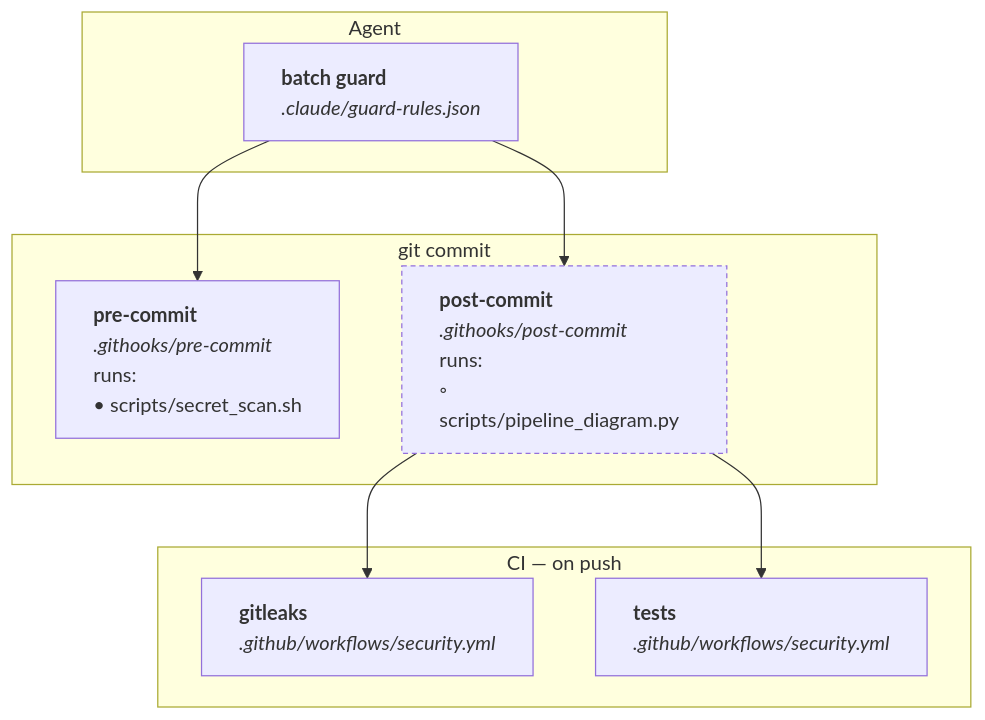
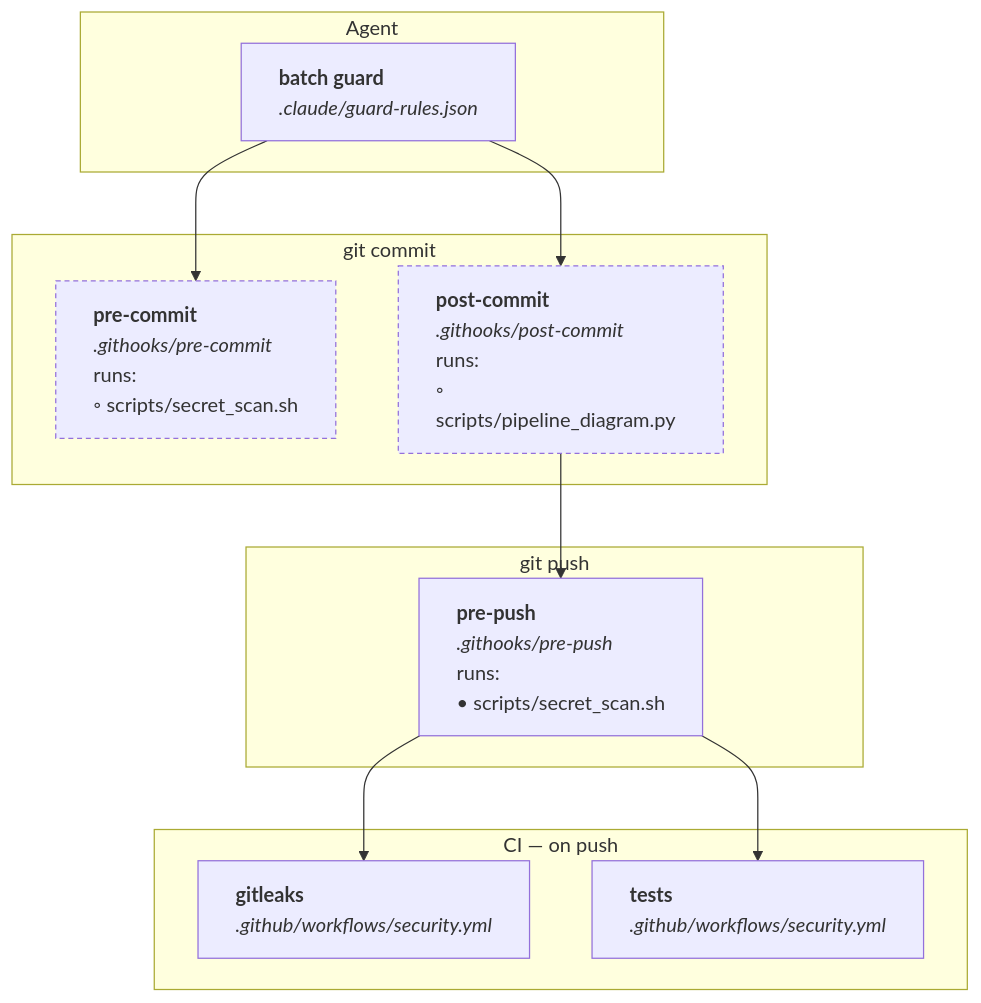
Before and after one commit to buedaswag/dev-setup: the diagram in docs/pipeline.mmd, drawn with Mermaid. The commit also changed 12 other files, not shown here.

Commit message:
wip: .githooks/pre-commit, .githooks/pre-push, .github/workflows/security.yml, README.md, docs/ACD/ACD.md, docs/ACD/spec/1-intent.md, docs/ACD/spec/example-spec.md, docs/pipeline.md, docs/pipeline.mmd, docs/pipeline.svg, scripts/secret_scan.sh, tests/test_batch_guard.py, tests/test_secret_scan.py

```diff
--- a/docs/pipeline.mmd
+++ b/docs/pipeline.mmd
@@ -1,18 +1,22 @@
 graph TD
     subgraph agent["Agent"]
         batch_guard["<div style='text-align:left'><b>batch guard</b><br/><i>.claude/guard-rules.json</i></div>"]
     end
     subgraph commit["git commit"]
-        pre_commit["<div style='text-align:left'><b>pre-commit</b><br/><i>.githooks/pre-commit</i><br/>runs:<br/>• scripts/secret_scan.sh</div>"]
+        pre_commit["<div style='text-align:left'><b>pre-commit</b><br/><i>.githooks/pre-commit</i><br/>runs:<br/>◦ scripts/secret_scan.sh</div>"]
         post_commit["<div style='text-align:left'><b>post-commit</b><br/><i>.githooks/post-commit</i><br/>runs:<br/>◦ scripts/pipeline_diagram.py</div>"]
+    end
+    subgraph push["git push"]
+        pre_push["<div style='text-align:left'><b>pre-push</b><br/><i>.githooks/pre-push</i><br/>runs:<br/>• scripts/secret_scan.sh</div>"]
     end
     subgraph ci["CI — on push"]
         security_gitleaks["<div style='text-align:left'><b>gitleaks</b><br/><i>.github/workflows/security.yml</i></div>"]
         security_tests["<div style='text-align:left'><b>tests</b><br/><i>.github/workflows/security.yml</i></div>"]
     end
     batch_guard --> pre_commit
     batch_guard --> post_commit
-    post_commit --> security_gitleaks
-    post_commit --> security_tests
+    post_commit --> pre_push
+    pre_push --> security_gitleaks
+    pre_push --> security_tests
     classDef reports stroke-dasharray: 4 3
-    class post_commit reports
+    class pre_commit,post_commit reports
```
